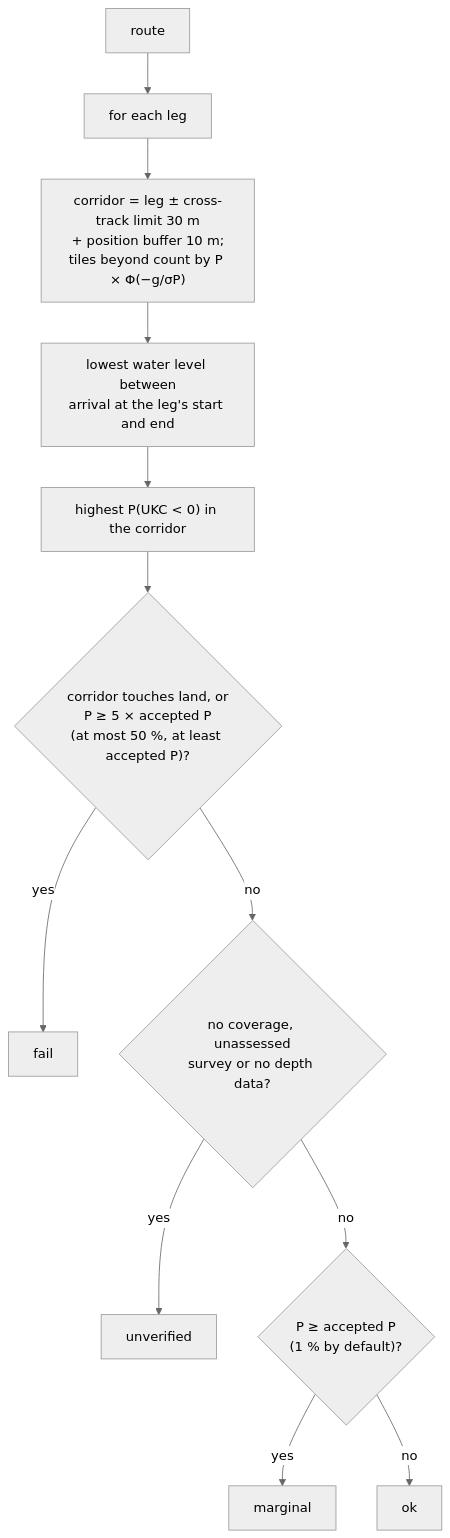
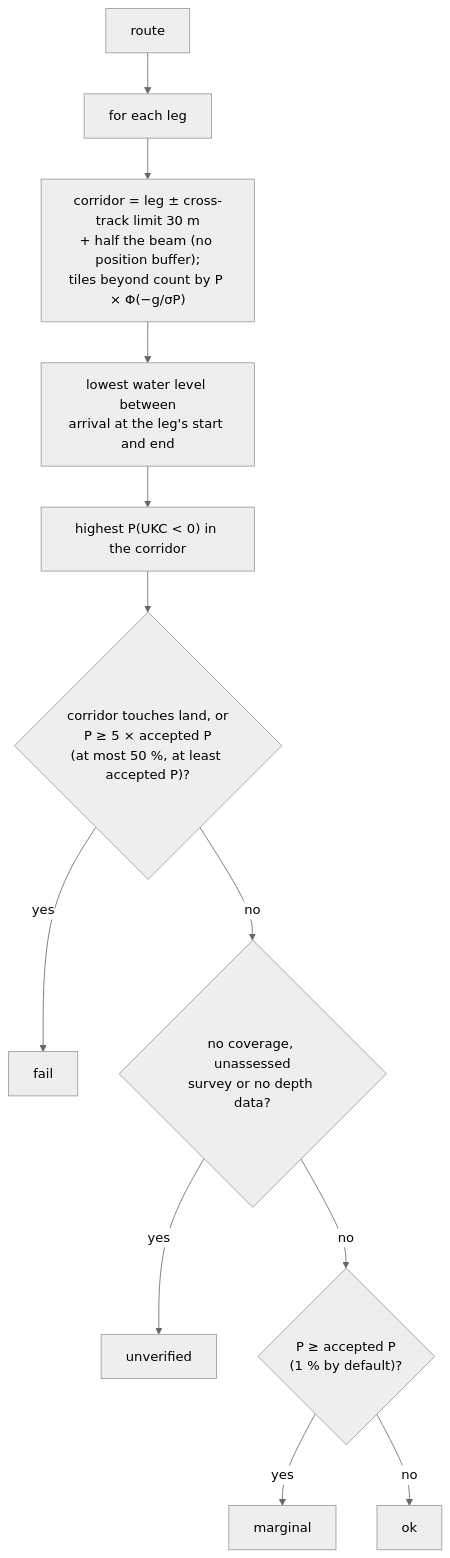
The fifth of 6 diagrams in docs/HOW-IT-WORKS.md (KEGustafsson/signalk-underkeel), drawn with Mermaid (neutral theme) before and after one commit. The commit also changed 40 other files, not shown here.

````diff
--- a/docs/HOW-IT-WORKS.md
+++ b/docs/HOW-IT-WORKS.md
@@ -671,14 +671,14 @@
 ```mermaid
 flowchart TD
   R[route] --> L[for each leg]
-  L --> C["corridor = leg ± cross-track limit 30 m<br/>+ position buffer 10 m;<br/>tiles beyond count by P × Φ(−g/σP)"]
+  L --> C["corridor = leg ± cross-track limit 30 m<br/>+ half the beam (no position buffer);<br/>tiles beyond count by P × Φ(−g/σP)"]
   C --> W[lowest water level between<br/>arrival at the leg's start and end]
   W --> Q["highest P(UKC &lt; 0) in the corridor"]
   Q --> F{"corridor touches land, or<br/>P ≥ 5 × accepted P<br/>(at most 50 %, at least accepted P)?"}
   F -- yes --> FAIL[fail]
   F -- no --> U{"no coverage, unassessed<br/>survey or no depth data?"}
   U -- yes --> UNV[unverified]
   U -- no --> M{"P ≥ accepted P<br/>(1 % by default)?"}
   M -- yes --> MAR[marginal]
   M -- no --> OK[ok]
 ```
````
